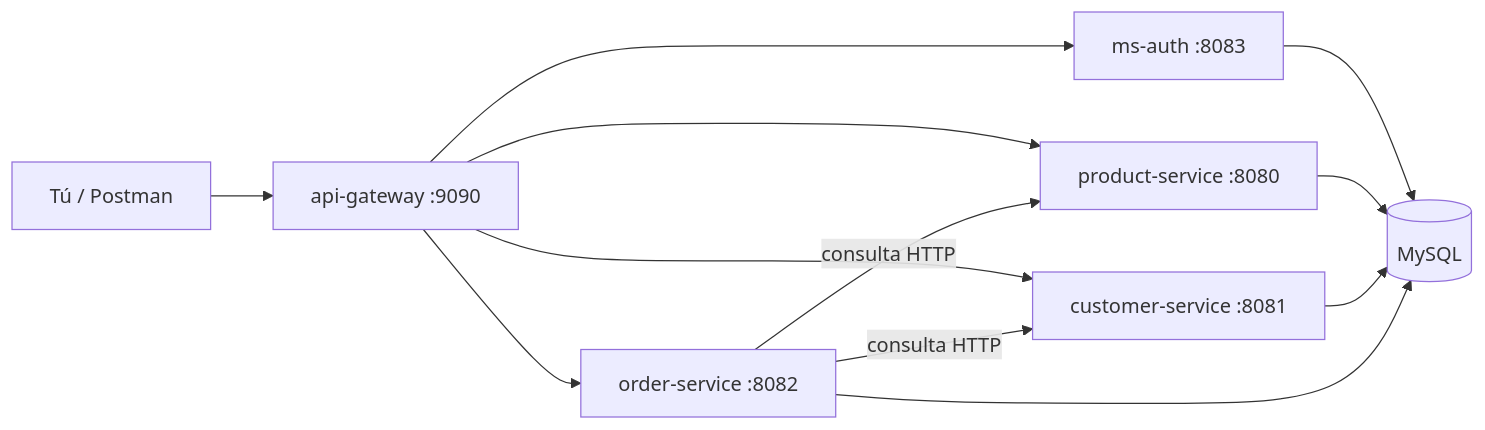
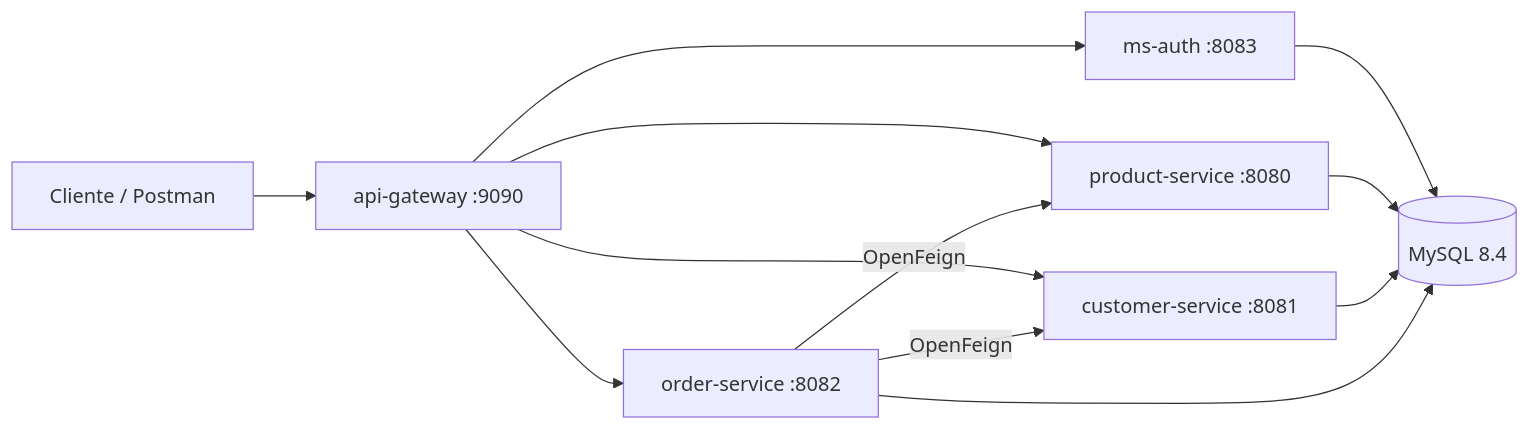
One commit to pablophdev/NovaShop changed the diagram in README.md. Above: the diagram before and after it, drawn with Mermaid. The commit also changed other lines of this file, not shown here.

````diff
--- a/README.md
+++ b/README.md
@@ -56,14 +47,14 @@
 ```mermaid
 flowchart LR
-  Client[Tú / Postman] --> GW[api-gateway :9090]
+  Client[Cliente / Postman] --> GW[api-gateway :9090]
   GW --> AUTH[ms-auth :8083]
   GW --> PROD[product-service :8080]
   GW --> CUST[customer-service :8081]
   GW --> ORD[order-service :8082]
-  ORD -->|consulta HTTP| CUST
-  ORD -->|consulta HTTP| PROD
-  AUTH --> DB[(MySQL)]
+  ORD -->|OpenFeign| CUST
+  ORD -->|OpenFeign| PROD
+  AUTH --> DB[(MySQL 8.4)]
   PROD --> DB
   CUST --> DB
   ORD --> DB
 ```
````
